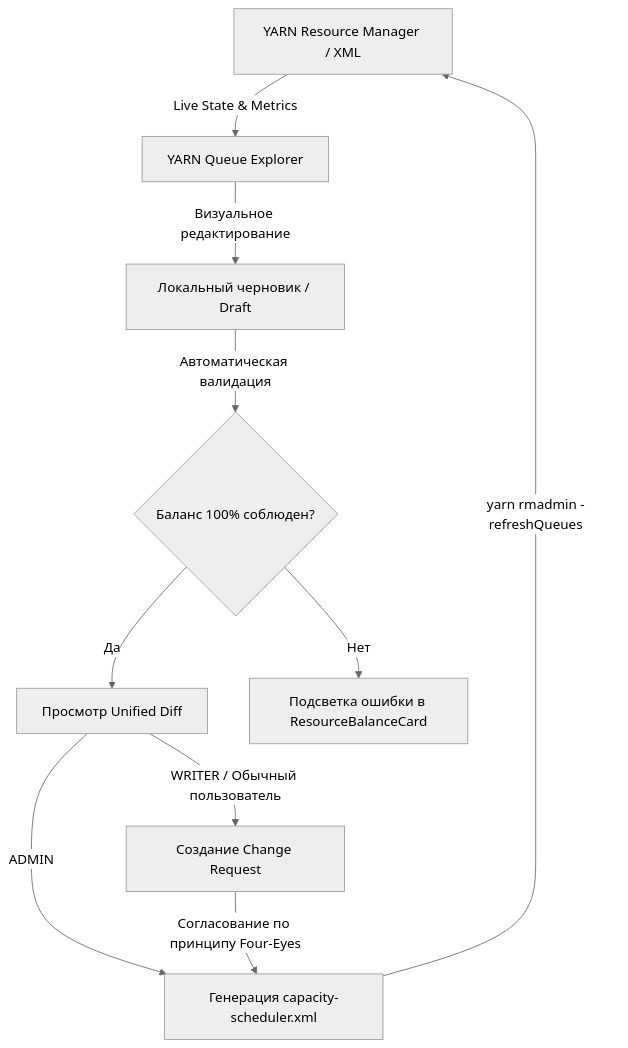
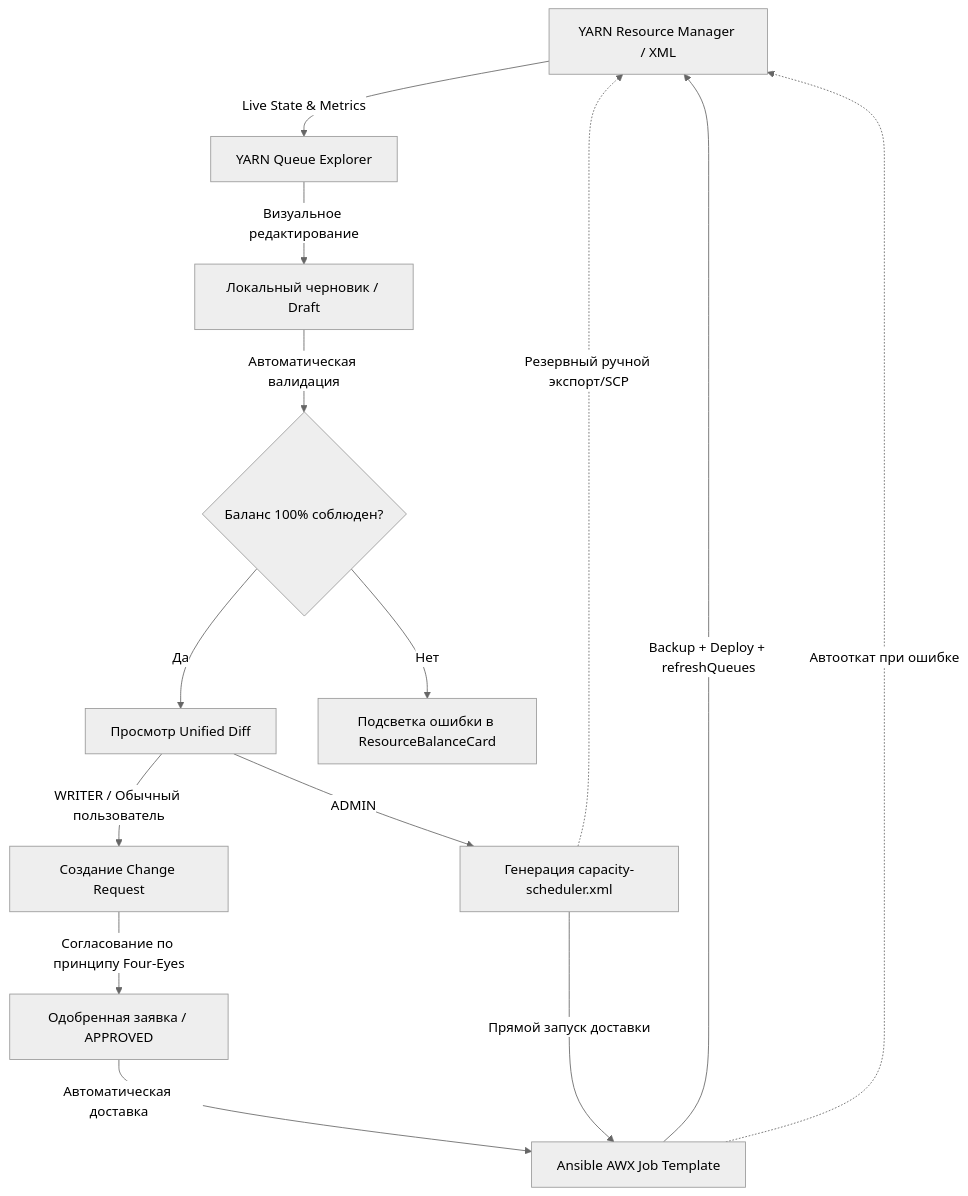
Before and after one commit to balookrd/hadoop-explorer: the diagram in docs/yarn-user-guide.md, drawn with Mermaid (neutral theme). The commit also changed other lines of this file and 39 other files, not shown here.

First line of the commit message:
feat(yarn): автоматизированная доставка и горячее применение capacity-scheduler.xml через Ansible AWX

````diff
--- a/docs/yarn-user-guide.md
+++ b/docs/yarn-user-guide.md
@@ -47,12 +48,16 @@
 ```mermaid
 graph TD
     A[YARN Resource Manager / XML] -->|Live State & Metrics| B[YARN Queue Explorer]
     B -->|Визуальное редактирование| C[Локальный черновик / Draft]
     C -->|Автоматическая валидация| D{Баланс 100% соблюден?}
     D -->|Да| E[Просмотр Unified Diff]
     D -->|Нет| F[Подсветка ошибки в ResourceBalanceCard]
     E -->|WRITER / Обычный пользователь| G[Создание Change Request]
     E -->|ADMIN| H[Генерация capacity-scheduler.xml]
-    G -->|Согласование по принципу Four-Eyes| H
-    H -->|yarn rmadmin -refreshQueues| A
+    G -->|Согласование по принципу Four-Eyes| I[Одобренная заявка / APPROVED]
+    I -->|Автоматическая доставка| J[Ansible AWX Job Template]
+    H -->|Прямой запуск доставки| J
+    J -->|Backup + Deploy + refreshQueues| A
+    J -.->|Автооткат при ошибке| A
+    H -.->|Резервный ручной экспорт/SCP| A
 ```
````
